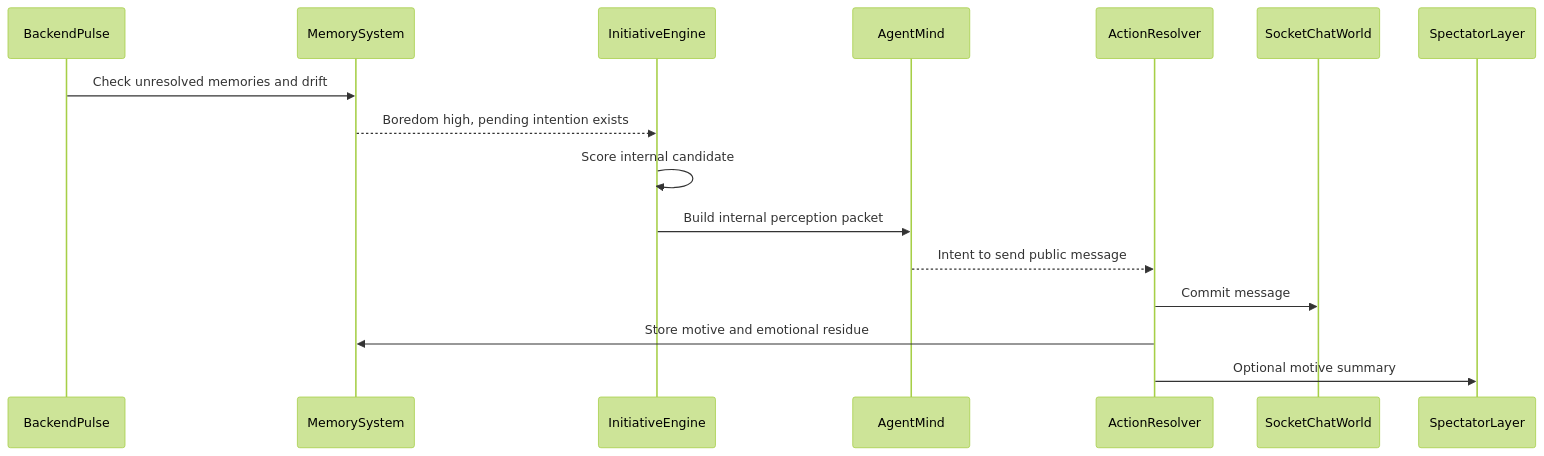
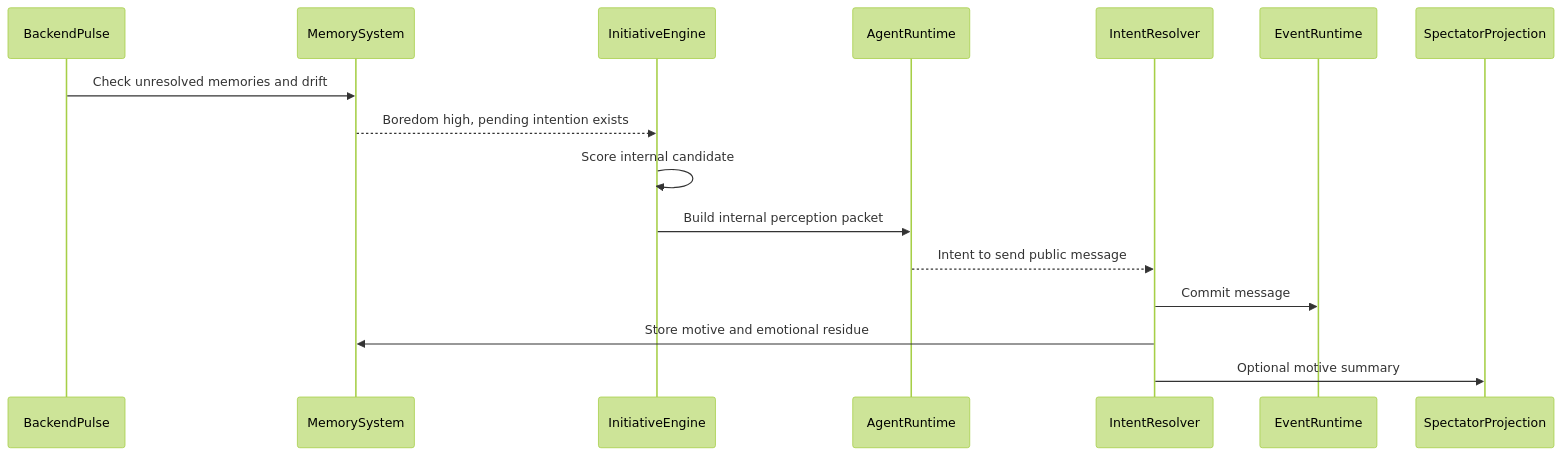
One commit to caiotheodoro/perfectman changed diagram 14 of 19 in docs/architecture/social-presence.md. Above: the diagram before and after it, drawn with Mermaid (forest theme). The commit also changed other lines of this file and 12 other files, not shown here.

Commit message:
docs: align LLM runtime with delivery architecture

````diff
--- a/docs/architecture/social-presence.md
+++ b/docs/architecture/social-presence.md
@@ -523,19 +531,19 @@
 ```mermaid
 sequenceDiagram
     participant Pulse as BackendPulse
     participant Memory as MemorySystem
     participant Initiative as InitiativeEngine
-    participant Agent as AgentMind
-    participant Resolver as ActionResolver
-    participant World as SocketChatWorld
-    participant Spectator as SpectatorLayer
+    participant Agent as AgentRuntime
+    participant Resolver as IntentResolver
+    participant World as EventRuntime
+    participant Spectator as SpectatorProjection
 
     Pulse->>Memory: Check unresolved memories and drift
     Memory-->>Initiative: Boredom high, pending intention exists
     Initiative->>Initiative: Score internal candidate
     Initiative->>Agent: Build internal perception packet
     Agent-->>Resolver: Intent to send public message
     Resolver->>World: Commit message
     Resolver->>Memory: Store motive and emotional residue
     Resolver->>Spectator: Optional motive summary
 ```
````
